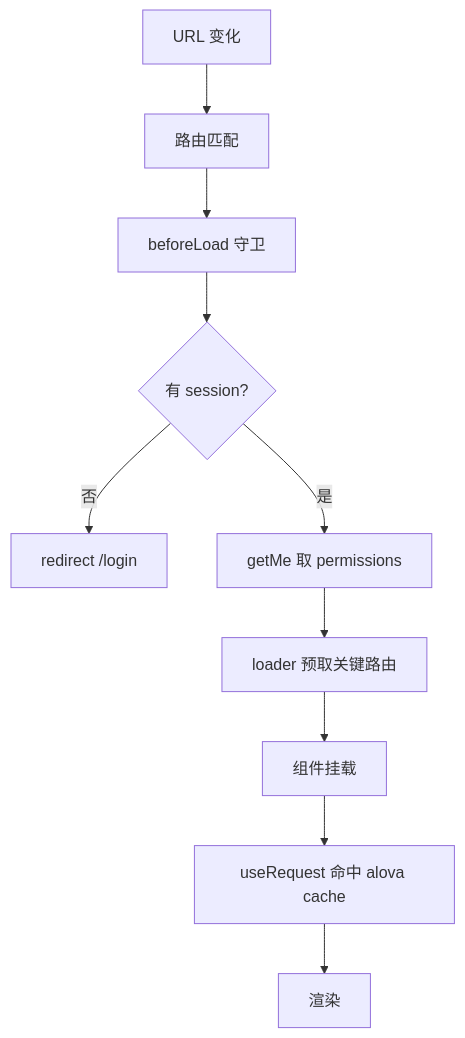
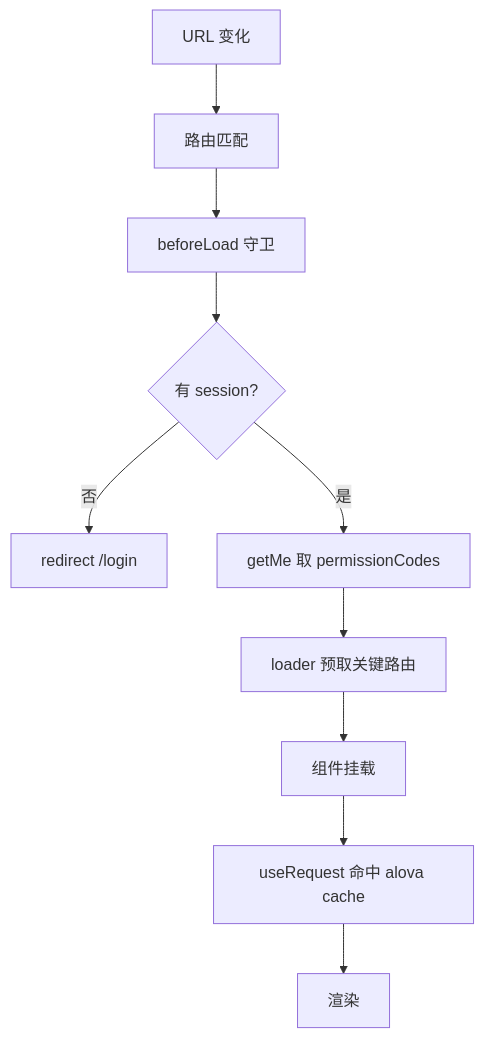
Before and after one commit to zzwtsy/hono-openapi-starter: the diagram in docs/architecture/frontend/request-lifecycle.md, drawn with Mermaid. The commit also changed other lines of this file and 91 other files, not shown here.

````diff
--- a/docs/architecture/frontend/request-lifecycle.md
+++ b/docs/architecture/frontend/request-lifecycle.md
@@ -13,12 +13,12 @@
 ```mermaid
 flowchart TD
   A[URL 变化] --> B[路由匹配]
   B --> C[beforeLoad 守卫]
   C --> D{有 session?}
   D -->|否| E[redirect /login]
-  D -->|是| F[getMe 取 permissions]
+  D -->|是| F[getMe 取 permissionCodes]
   F --> G[loader 预取关键路由]
   G --> H[组件挂载]
   H --> I[useRequest 命中 alova cache]
   I --> J[渲染]
 ```
````
